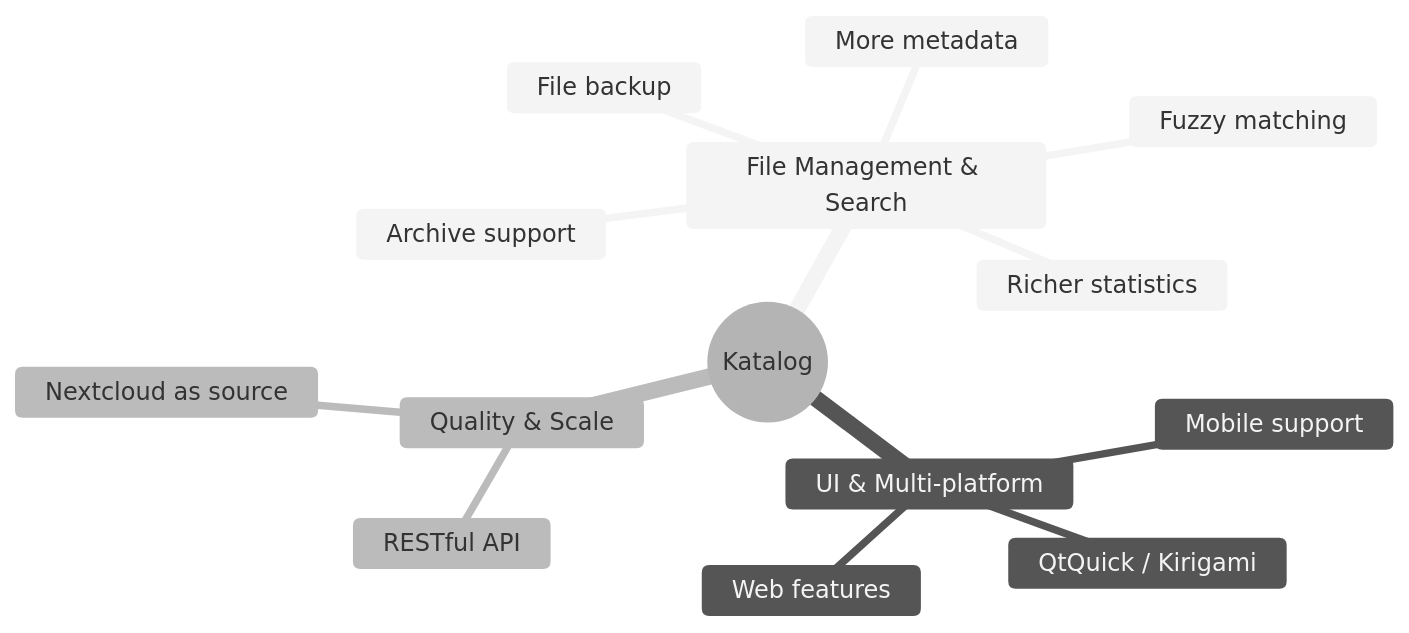
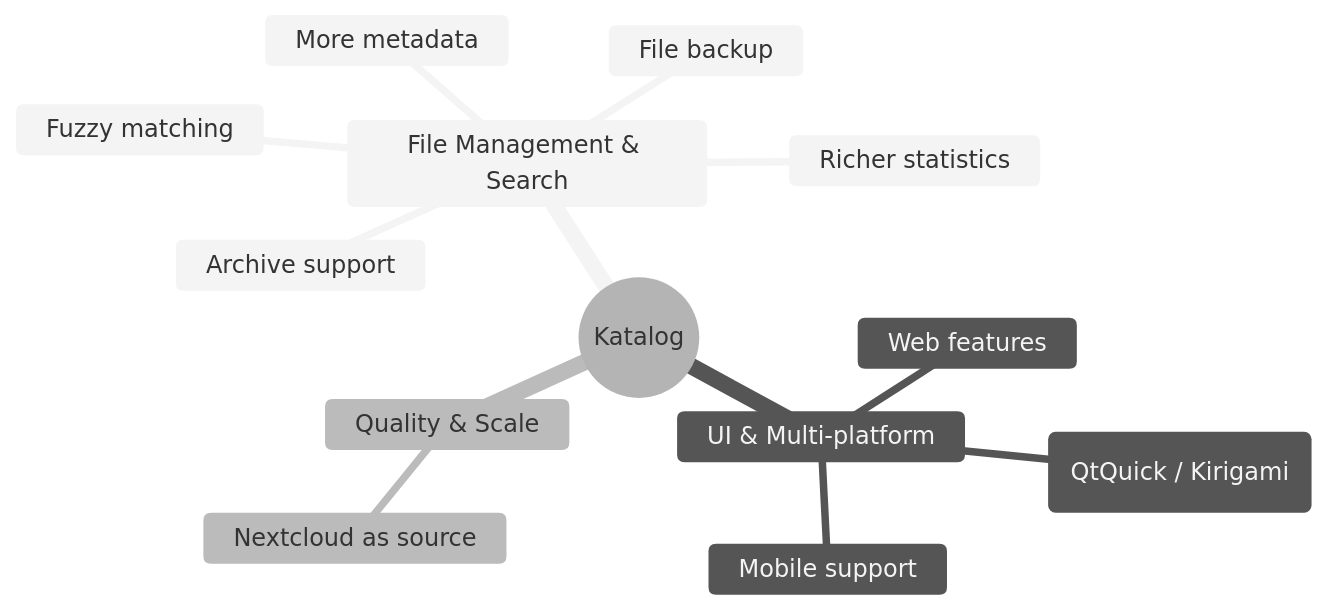
One commit to StephaneCouturier/Katalog changed the diagram in docs_src/docs/Development-Roadmap.md. Above: the diagram before and after it, drawn with Mermaid (neutral theme). The commit also changed other lines of this file and 5 other files, not shown here.

````diff
--- a/docs_src/docs/Development-Roadmap.md
+++ b/docs_src/docs/Development-Roadmap.md
@@ -10,17 +10,16 @@
 ```mermaid
 mindmap
   root((Katalog))
     File Management & Search
       More metadata
       Archive support
       Richer statistics
       Fuzzy matching
       File backup
     UI & Multi-platform
-      QtQuick / Kirigami
+      Mordern UI (QtQuick / Kirigami)
       Mobile support
       Web features
     Quality & Scale
-      RESTful API
       Nextcloud as source
 ```
````
